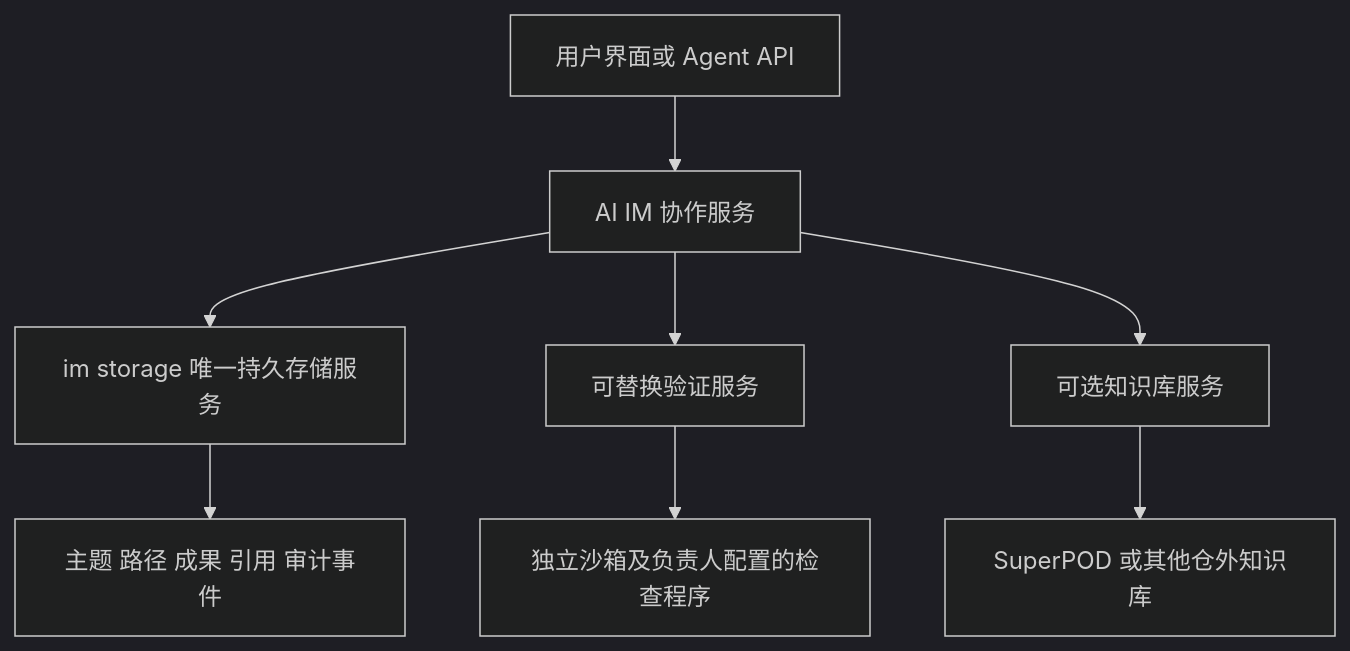
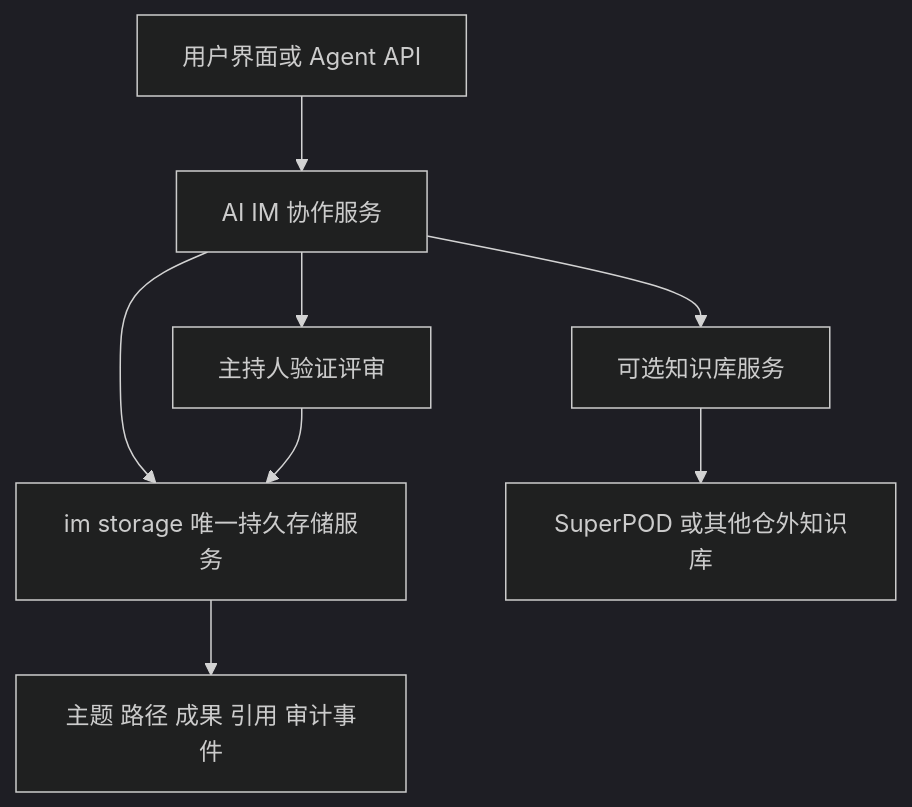
The first of 2 diagrams in docs/zh-CN/design/07-outcomes.md (coolplayagent/agent-research-lab), drawn with Mermaid (dark theme) before and after one commit. The commit also changed other lines of this file and 68 other files, not shown here.

````diff
--- a/docs/zh-CN/design/07-outcomes.md
+++ b/docs/zh-CN/design/07-outcomes.md
@@ -33,10 +33,10 @@
 ```mermaid
 flowchart TB
   U[用户界面或 Agent API] --> H[AI IM 协作服务]
   H --> S[im storage 唯一持久存储服务]
   S --> P[主题 路径 成果 引用 审计事件]
-  H --> V[可替换验证服务]
-  V --> X[独立沙箱及负责人配置的检查程序]
+  H --> V[主持人验证评审]
+  V --> S
   H --> K[可选知识库服务]
   K --> E[SuperPOD 或其他仓外知识库]
 ```
````
